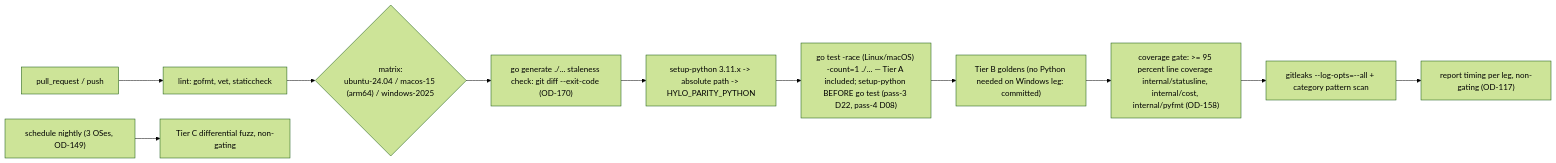
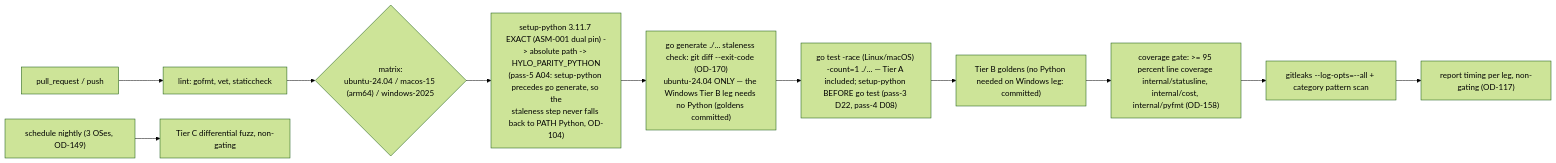
Before and after one commit to drbothen/hylo: the diagram in specs/architecture/ARCH-08-build-ci-release.md, drawn with Mermaid (forest theme). The commit also changed other lines of this file and 149 other files, not shown here.

````diff
--- a/specs/architecture/ARCH-08-build-ci-release.md
+++ b/specs/architecture/ARCH-08-build-ci-release.md
@@ -38,13 +38,13 @@
 ```mermaid
 flowchart LR
     PR["pull_request / push"] --> L["lint: gofmt, vet, staticcheck"]
     L --> M{"matrix:<br/>ubuntu-24.04 / macos-15 (arm64) / windows-2025"}
-    M --> GEN["go generate ./... staleness check: git diff --exit-code (OD-170)"]
-    GEN --> PY["setup-python 3.11.x -> absolute path -> HYLO_PARITY_PYTHON"]
-    PY --> T["go test -race (Linux/macOS) -count=1 ./... — Tier A included; setup-python BEFORE go test (pass-3 D22, pass-4 D08)"]
+    M --> PY["setup-python 3.11.7 EXACT (ASM-001 dual pin) -> absolute path -> HYLO_PARITY_PYTHON<br/>(pass-5 A04: setup-python precedes go generate, so the<br/>staleness step never falls back to PATH Python, OD-104)"]
+    PY --> GEN["go generate ./... staleness check: git diff --exit-code (OD-170)<br/>ubuntu-24.04 ONLY — the Windows Tier B leg needs no Python (goldens committed)"]
+    GEN --> T["go test -race (Linux/macOS) -count=1 ./... — Tier A included; setup-python BEFORE go test (pass-3 D22, pass-4 D08)"]
     T --> TB["Tier B goldens (no Python needed on Windows leg: committed)"]
     TB --> COV["coverage gate: >= 95 percent line coverage internal/statusline, internal/cost, internal/pyfmt (OD-158)"]
     COV --> HL["gitleaks --log-opts=--all + category pattern scan"]
     HL --> J["report timing per leg, non-gating (OD-117)"]
     Nightly["schedule nightly (3 OSes, OD-149)"] --> TC["Tier C differential fuzz, non-gating"]
 ```
````
